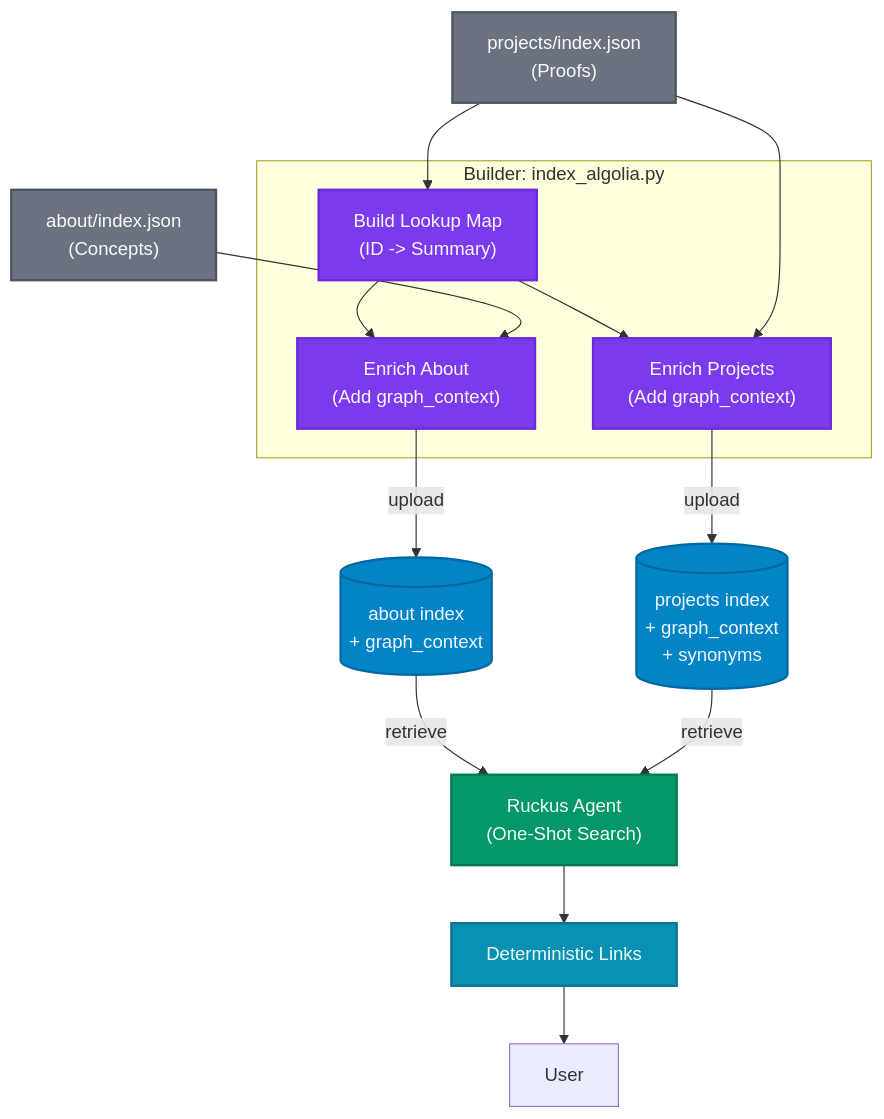
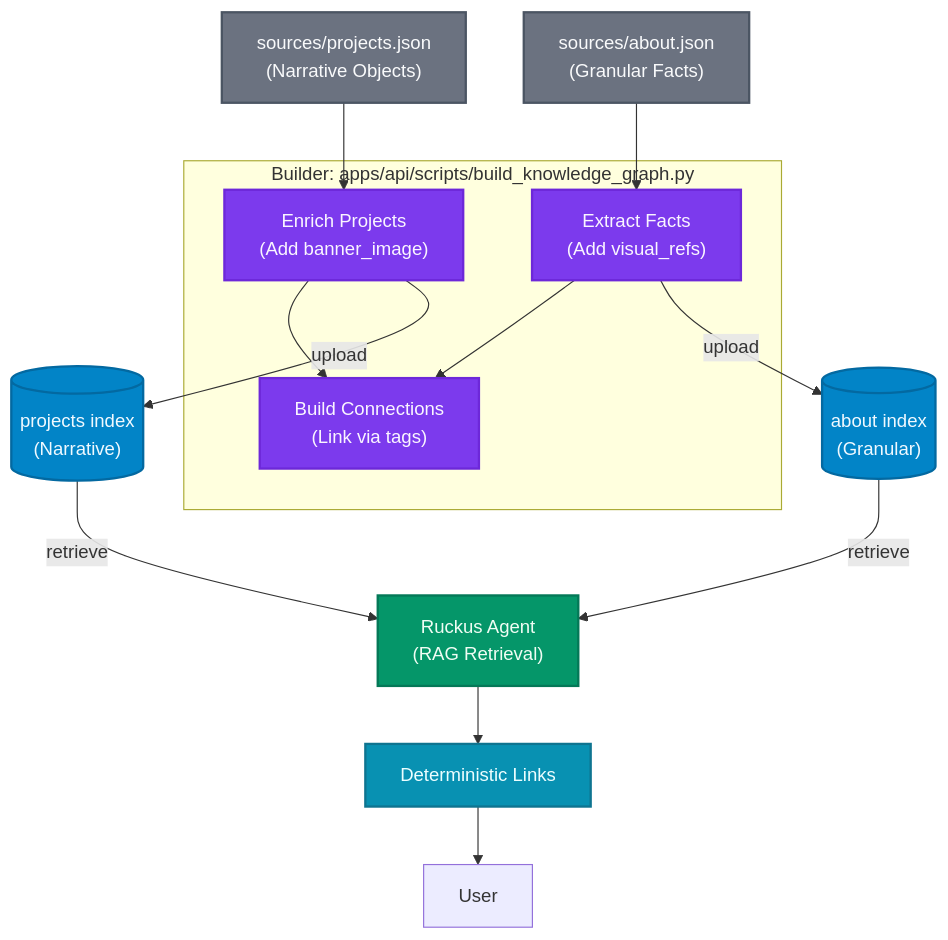
Before and after one commit to anchildress1/system-notes: the diagram in apps/api/algolia/diagrams/system-flow.md, drawn with Mermaid. The commit also changed 14 other files, not shown here.

First line of the commit message:
feat(algolia): redesign about and projects indexes for RAG agent

````diff
--- a/apps/api/algolia/diagrams/system-flow.md
+++ b/apps/api/algolia/diagrams/system-flow.md
@@ -5,50 +5,49 @@
 ```mermaid
 graph TB
     accTitle: Algolia System Data Flow
     accDescr: Data flow showing how the Python script enriches JSON data with graph context before indexing
 
     %% Data sources
-    AboutJSON["about/index.json<br/>(Concepts)"]:::source
-    ProjectsJSON["projects/index.json<br/>(Proofs)"]:::source
+    AboutJSON["sources/about.json<br/>(Granular Facts)"]:::source
+    ProjectsJSON["sources/projects.json<br/>(Narrative Objects)"]:::source
 
     %% The Builder
-    subgraph "Builder: index_algolia.py"
-        Map["Build Lookup Map<br/>(ID -> Summary)"]:::process
-        EnrichProjects["Enrich Projects<br/>(Add graph_context)"]:::process
-        EnrichAbout["Enrich About<br/>(Add graph_context)"]:::process
+    subgraph "Builder: apps/api/scripts/build_knowledge_graph.py"
+        EnrichProjects["Enrich Projects<br/>(Add banner_image)"]:::process
+        FactExtract["Extract Facts<br/>(Add visual_refs)"]:::process
+        GraphBuild["Build Connections<br/>(Link via tags)"]:::process
     end
 
     %% Algolia indices
-    AboutIndex[("about index<br/>+ graph_context")]:::index
-    ProjectsIndex[("projects index<br/>+ graph_context<br/>+ synonyms")]:::index
+    AboutIndex[("about index<br/>(Granular)")]:::index
+    ProjectsIndex[("projects index<br/>(Narrative)")]:::index
 
     %% Retrieval
-    Ruckus["Ruckus Agent<br/>(One-Shot Search)"]:::agent
+    Ruckus["Ruckus Agent<br/>(RAG Retrieval)"]:::agent
 
     %% Link generation
     Links["Deterministic Links"]:::output
 
     %% Flow
-    ProjectsJSON --> Map
-    Map --> EnrichProjects
-    Map --> EnrichAbout
+    ProjectsJSON --> EnrichProjects
+    AboutJSON --> FactExtract
 
-    ProjectsJSON --> EnrichProjects
-    AboutJSON --> EnrichAbout
+    EnrichProjects --> GraphBuild
+    FactExtract --> GraphBuild
 
     EnrichProjects -->|upload| ProjectsIndex
-    EnrichAbout -->|upload| AboutIndex
+    FactExtract -->|upload| AboutIndex
 
     AboutIndex -->|retrieve| Ruckus
     ProjectsIndex -->|retrieve| Ruckus
 
     Ruckus --> Links
     Links --> User
 
     %% Styles
     classDef source fill:#6b7280,stroke:#4b5563,stroke-width:2px,color:#f9fafb
     classDef process fill:#7c3aed,stroke:#6d28d9,stroke-width:2px,color:#faf5ff
     classDef index fill:#0284c7,stroke:#0369a1,stroke-width:2px,color:#f0f9ff
     classDef agent fill:#059669,stroke:#047857,stroke-width:2px,color:#f0fdf4
     classDef output fill:#0891b2,stroke:#0e7490,stroke-width:2px,color:#ecfeff
 ```
````
